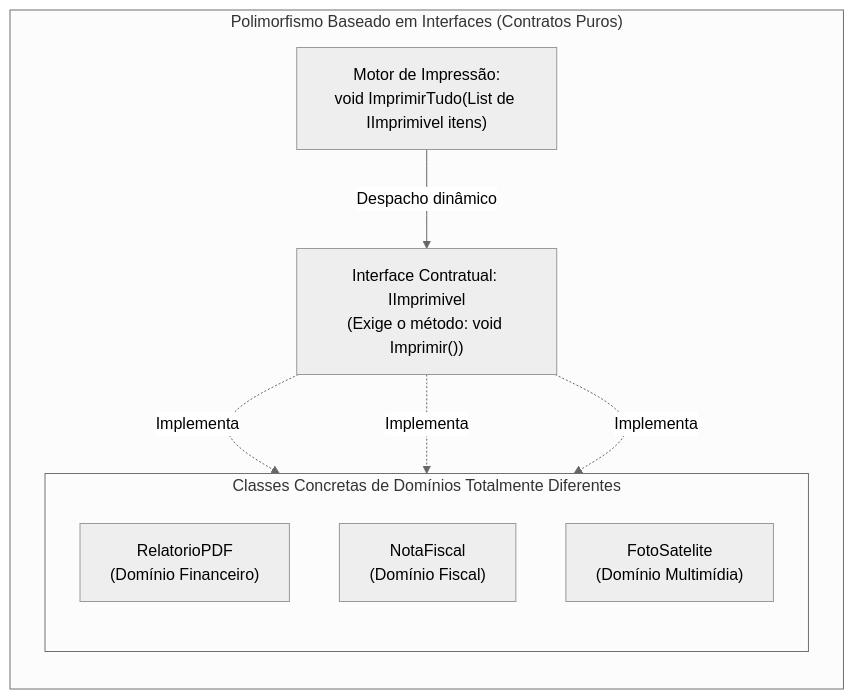
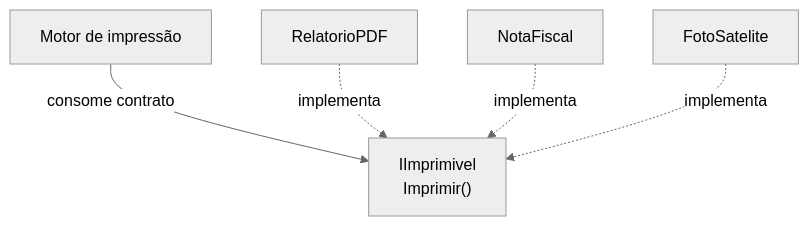
Before and after one commit to leorruas/puc: the eighth of 9 diagrams in 01. Programacao Modular/17. Sobreposição de métodos (virtual e override).md, drawn with Mermaid (neutral theme). The commit also changed other lines of this file, not shown here.

Commit message:
Normaliza diagramas Mermaid de polimorfismo e override

````diff
--- a/01. Programacao Modular/17. Sobreposição de métodos (virtual e override).md
+++ b/01. Programacao Modular/17. Sobreposição de métodos (virtual e override).md
@@ -548,23 +434,13 @@
 ```mermaid
 flowchart TD
-    subgraph PolimorfismoInterface ["Polimorfismo Baseado em Interfaces (Contratos Puros)"]
-        direction TB
+    Motor["Motor de impressão"]:::core
+    Contrato["IImprimivel<br>Imprimir()"]:::data
+    Relatorio["RelatorioPDF"]:::component
+    Nota["NotaFiscal"]:::component
+    Foto["FotoSatelite"]:::component
 
-        Contrato["Interface Contratual: IImprimivel<br>(Exige o método: void Imprimir())"]
-
-        subgraph ClassesDispares ["Classes Concretas de Domínios Totalmente Diferentes"]
-            direction TB
-            Relatorio["RelatorioPDF<br>(Domínio Financeiro)"]
-            Nota["NotaFiscal<br>(Domínio Fiscal)"]
-            Foto["FotoSatelite<br>(Domínio Multimídia)"]
-        end
-
-        Contrato -.->|Implementa| Relatorio
-        Contrato -.->|Implementa| Nota
-        Contrato -.->|Implementa| Foto
-
-        Motor["Motor de Impressão:<br>void ImprimirTudo(List de IImprimivel itens)"]
-
-        Motor -->|Despacho dinâmico| Contrato
-    end
+    Motor -->|"consome contrato"| Contrato
+    Relatorio -.->|"implementa"| Contrato
+    Nota -.->|"implementa"| Contrato
+    Foto -.->|"implementa"| Contrato
 ```
````
